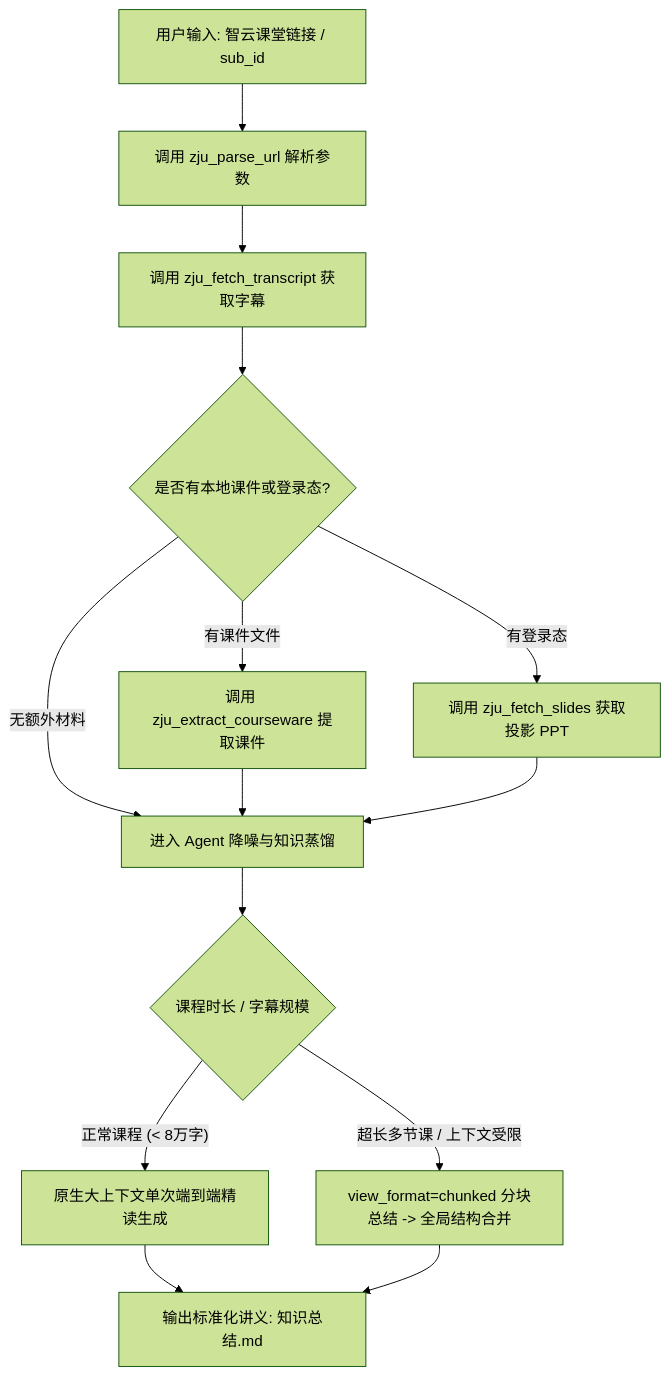
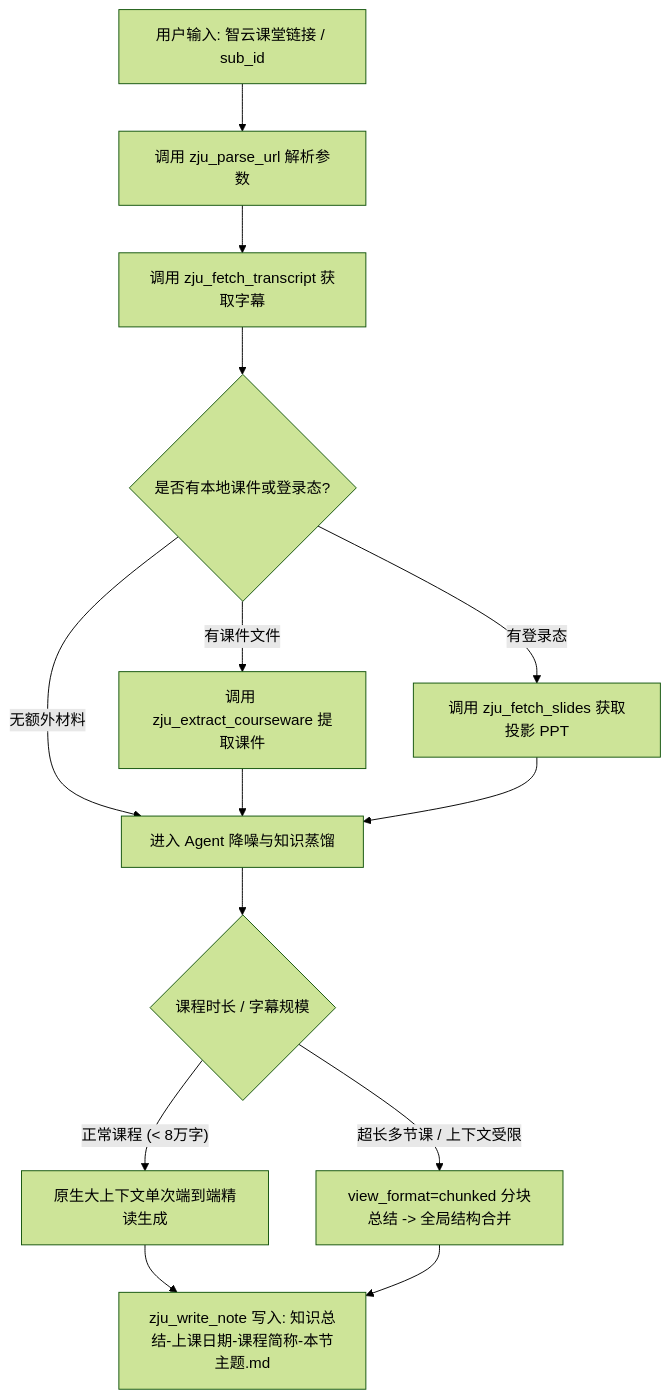
One commit to chenqianyu486-sys/dsh-zju-lecture-note changed the diagram in skills/zju-lecture-summarizer/SKILL.md. Above: the diagram before and after it, drawn with Mermaid (forest theme). The commit also changed other lines of this file and 26 other files, not shown here.

````diff
--- a/skills/zju-lecture-summarizer/SKILL.md
+++ b/skills/zju-lecture-summarizer/SKILL.md
@@ -32,16 +33,16 @@
 ```mermaid
 flowchart TD
     A[用户输入: 智云课堂链接 / sub_id] --> B[调用 zju_parse_url 解析参数]
     B --> C[调用 zju_fetch_transcript 获取字幕]
     C --> D{是否有本地课件或登录态?}
     D -- 有课件文件 --> E1[调用 zju_extract_courseware 提取课件]
     D -- 有登录态 --> E2[调用 zju_fetch_slides 获取投影 PPT]
     D -- 无额外材料 --> F[进入 Agent 降噪与知识蒸馏]
     E1 --> F
     E2 --> F
     F --> G{课程时长 / 字幕规模}
     G -- 正常课程 (< 8万字) --> H1[原生大上下文单次端到端精读生成]
     G -- 超长多节课 / 上下文受限 --> H2[view_format=chunked 分块总结 -> 全局结构合并]
-    H1 --> I[输出标准化讲义: 知识总结.md]
+    H1 --> I[zju_write_note 写入: 知识总结-上课日期-课程简称-本节主题.md]
     H2 --> I
 ```
````
